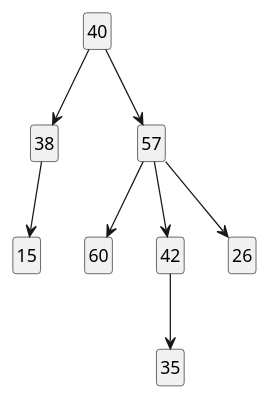
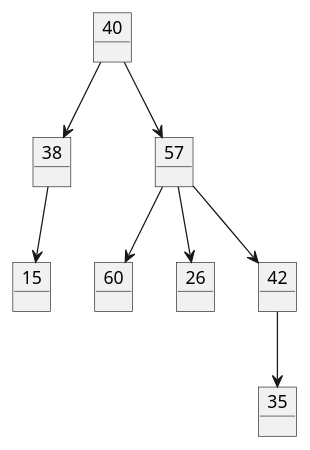
One commit to mmasias/EDA1 changed the diagram in modelosUML/arboles/arbolBinario.puml. Above: the diagram before and after it, drawn with PlantUML. The commit also changed 27 other files, not shown here.

```diff
--- a/modelosUML/arboles/arbolBinario.puml
+++ b/modelosUML/arboles/arbolBinario.puml
@@ -1,12 +1,16 @@
-hide class circle
-hide empty members
-
-class 40
+object 40
+object 38
+object 57
+object 60
+object 26
+object 35
+object 42
+object 15
 
 40 --> 38
 40 --> 57
 57 --> 60
 57 --> 42
 57 --> 26
 42 --> 35
 38 --> 15
```
